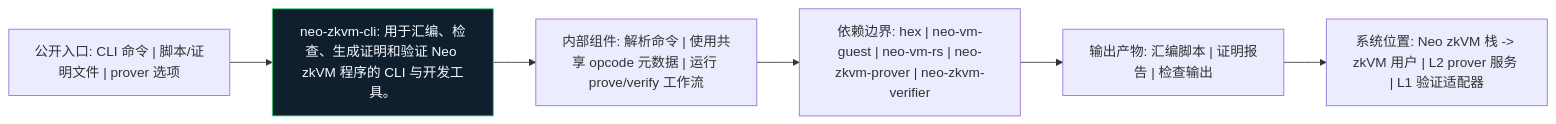
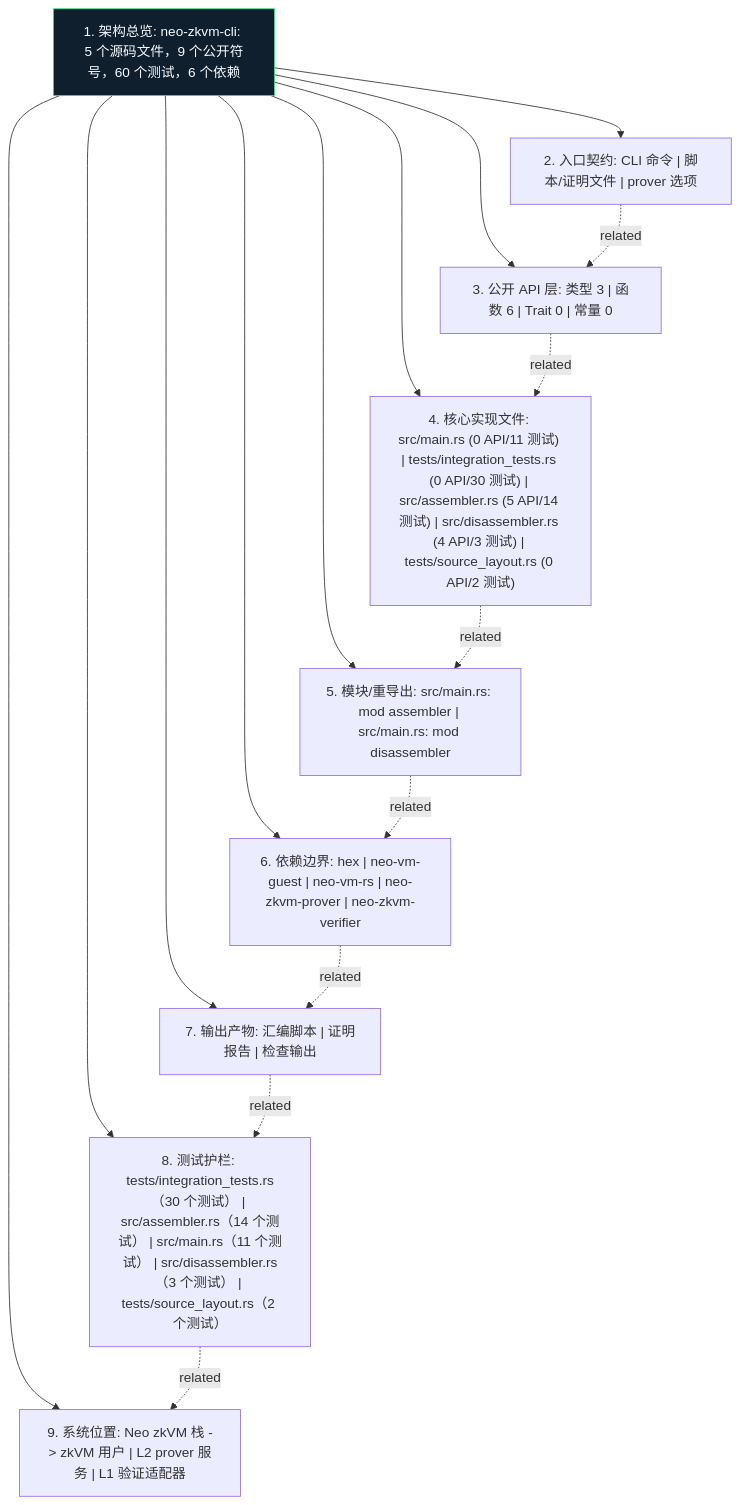
One commit to r3e-network/neo-zkvm changed the diagram in crates/neo-zkvm-cli/docs/figures/architecture.zh.mmd. Above: the diagram before and after it, drawn with Mermaid. The commit also changed 307 other files, not shown here.

Commit message:
Deepen crate diagrams with source-aware atlas

```diff
--- a/crates/neo-zkvm-cli/docs/figures/architecture.zh.mmd
+++ b/crates/neo-zkvm-cli/docs/figures/architecture.zh.mmd
@@ -1,14 +1,27 @@
-flowchart LR
-    N1["公开入口: CLI 命令 | 脚本/证明文件 | prover 选项"]
-    N2["neo-zkvm-cli: 用于汇编、检查、生成证明和验证 Neo zkVM 程序的 CLI 与开发工具。"]
-    N3["内部组件: 解析命令 | 使用共享 opcode 元数据 | 运行 prove/verify 工作流"]
-    N4["依赖边界: hex | neo-vm-guest | neo-vm-rs | neo-zkvm-prover | neo-zkvm-verifier"]
-    N5["输出产物: 汇编脚本 | 证明报告 | 检查输出"]
-    N6["系统位置: Neo zkVM 栈 -> zkVM 用户 | L2 prover 服务 | L1 验证适配器"]
+flowchart TB
+    N1["1. 架构总览: neo-zkvm-cli: 5 个源码文件，9 个公开符号，60 个测试，6 个依赖"]
+    N2["2. 入口契约: CLI 命令 | 脚本/证明文件 | prover 选项"]
+    N3["3. 公开 API 层: 类型 3 | 函数 6 | Trait 0 | 常量 0"]
+    N4["4. 核心实现文件: src/main.rs (0 API/11 测试) | tests/integration_tests.rs (0 API/30 测试) | src/assembler.rs (5 API/14 测试) | src/disassembler.rs (4 API/3 测试) | tests/source_layout.rs (0 API/2 测试)"]
+    N5["5. 模块/重导出: src/main.rs: mod assembler | src/main.rs: mod disassembler"]
+    N6["6. 依赖边界: hex | neo-vm-guest | neo-vm-rs | neo-zkvm-prover | neo-zkvm-verifier"]
+    N7["7. 输出产物: 汇编脚本 | 证明报告 | 检查输出"]
+    N8["8. 测试护栏: tests/integration_tests.rs（30 个测试） | src/assembler.rs（14 个测试） | src/main.rs（11 个测试） | src/disassembler.rs（3 个测试） | tests/source_layout.rs（2 个测试）"]
+    N9["9. 系统位置: Neo zkVM 栈 -> zkVM 用户 | L2 prover 服务 | L1 验证适配器"]
     N1 --> N2
-    N2 --> N3
-    N3 --> N4
-    N4 --> N5
-    N5 --> N6
+    N1 --> N3
+    N1 --> N4
+    N1 --> N5
+    N1 --> N6
+    N1 --> N7
+    N1 --> N8
+    N1 --> N9
+    N2 -. related .-> N3
+    N3 -. related .-> N4
+    N4 -. related .-> N5
+    N5 -. related .-> N6
+    N6 -. related .-> N7
+    N7 -. related .-> N8
+    N8 -. related .-> N9
     classDef crate fill:#101f2d,stroke:#38d978,color:#f6fbff
-    class N2 crate
+    class N1 crate
```
